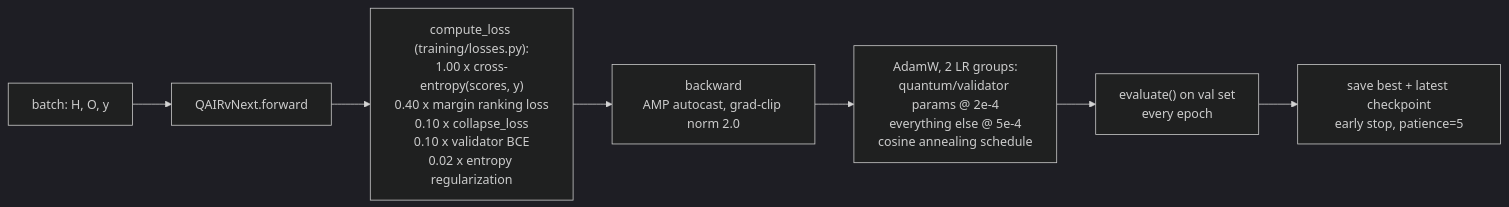
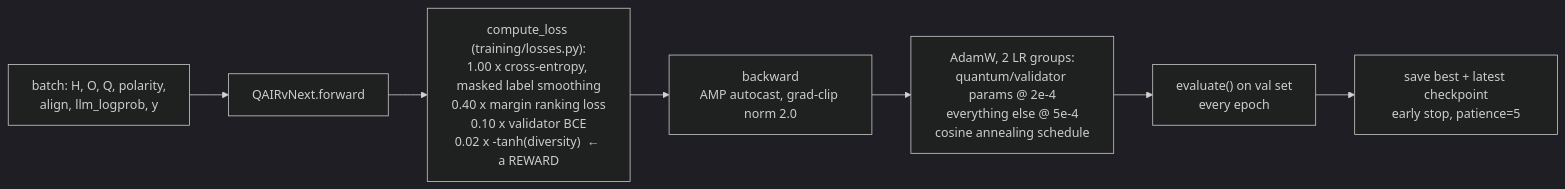
One commit to Thorfast191/qAIR-CSE499B changed the seventh of 7 diagrams in README.md. Above: the diagram before and after it, drawn with Mermaid (dark theme). The commit also changed other lines of this file and 25 other files, not shown here.

````diff
--- a/README.md
+++ b/README.md
@@ -406,9 +494,9 @@
 ```mermaid
 flowchart LR
-    B["batch: H, O, y"] --> F["QAIRvNext.forward"]
-    F --> L["compute_loss (training/losses.py):<br/>1.00 x cross-entropy(scores, y)<br/>0.40 x margin ranking loss<br/>0.10 x collapse_loss<br/>0.10 x validator BCE<br/>0.02 x entropy regularization"]
+    B["batch: H, O, Q, polarity,<br/>align, llm_logprob, y"] --> F["QAIRvNext.forward"]
+    F --> L["compute_loss (training/losses.py):<br/>1.00 x cross-entropy, masked label smoothing<br/>0.40 x margin ranking loss<br/>0.10 x validator BCE<br/>0.02 x -tanh(diversity)  ← a REWARD"]
     L --> BK["backward<br/>AMP autocast, grad-clip norm 2.0"]
     BK --> OPT["AdamW, 2 LR groups:<br/>quantum/validator params @ 2e-4<br/>everything else @ 5e-4<br/>cosine annealing schedule"]
     OPT --> EV["evaluate() on val set<br/>every epoch"]
     EV --> CK["save best + latest checkpoint<br/>early stop, patience=5"]
 ```
````
